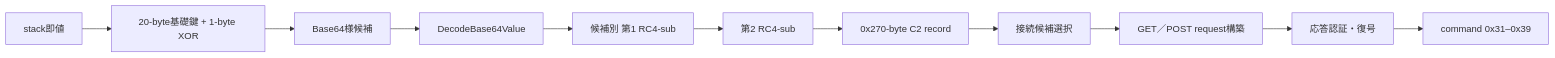
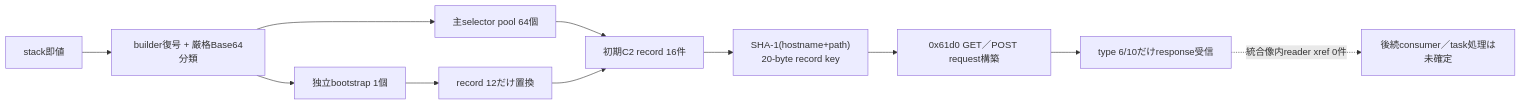
The second of 2 diagrams in analysis-results/malware/guloader/versions/unknown/cases/8d96249aa92bee27d9ac8ffa8e32e3f8dd3a5c77cbe541b1d0cc97f37e962a1e/XLOADER-STATIC-RECOVERY.md (proshiba/AI-security-analysis), drawn with Mermaid before and after one commit. The commit also changed other lines of this file and 66 other files, not shown here.

````diff
--- a/analysis-results/malware/guloader/versions/unknown/cases/8d96249aa92bee27d9ac8ffa8e32e3f8dd3a5c77cbe541b1d0cc97f37e962a1e/XLOADER-STATIC-RECOVERY.md
+++ b/analysis-results/malware/guloader/versions/unknown/cases/8d96249aa92bee27d9ac8ffa8e32e3f8dd3a5c77cbe541b1d0cc97f37e962a1e/XLOADER-STATIC-RECOVERY.md
@@ -107,13 +108,13 @@
 ```mermaid
 flowchart LR
-    immediates["stack即値"] --> first_decrypt["20-byte基礎鍵 + 1-byte XOR"]
-    first_decrypt --> encoded["Base64様候補"]
-    encoded --> b64["DecodeBase64Value"]
-    b64 --> layer1["候補別 第1 RC4-sub"]
-    layer1 --> layer2["第2 RC4-sub"]
-    layer2 --> record["0x270-byte C2 record"]
-    record --> selected["接続候補選択"]
-    selected --> request["GET／POST request構築"]
-    request --> response["応答認証・復号"]
-    response --> commands["command 0x31–0x39"]
+    immediates["stack即値"] --> decode["builder復号 + 厳格Base64分類"]
+    decode --> pool["主selector pool 64個"]
+    decode --> bootstrap["独立bootstrap 1個"]
+    pool --> record["初期C2 record 16件"]
+    bootstrap --> replace["record 12だけ置換"]
+    replace --> record
+    record --> key["SHA-1(hostname+path)\n20-byte record key"]
+    key --> request["0x61d0 GET／POST request構築"]
+    request --> receive["type 6/10だけresponse受信"]
+    receive -. "統合像内reader xref 0件" .-> unresolved["後続consumer／task処理は未確定"]
 ```
````
